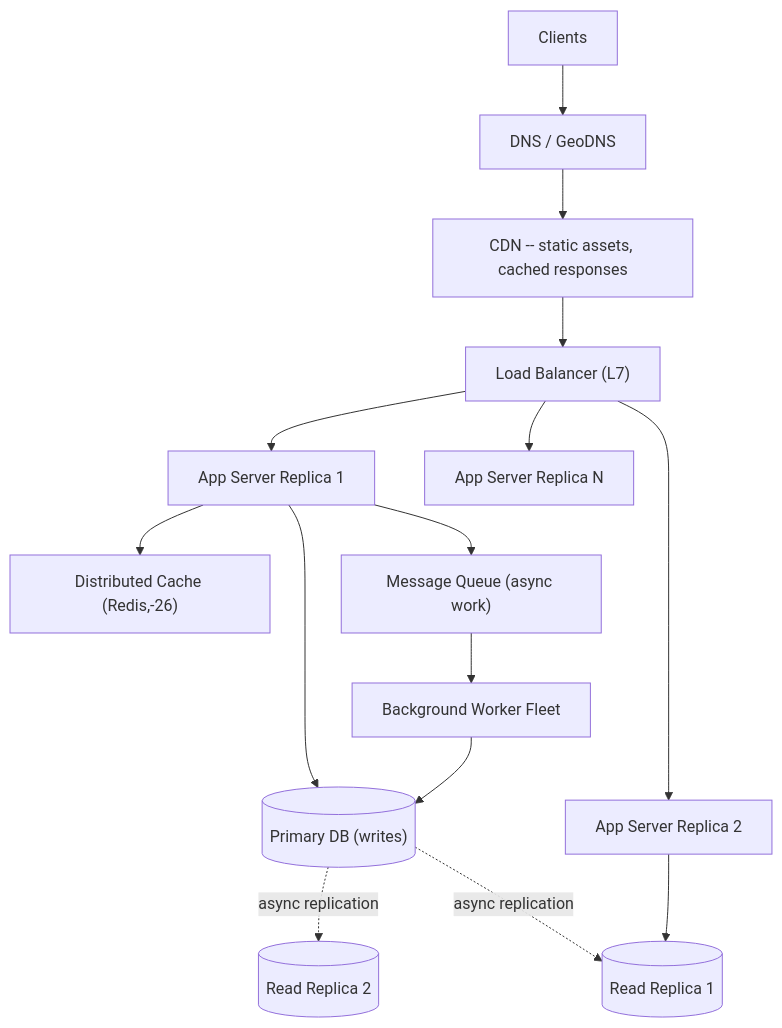
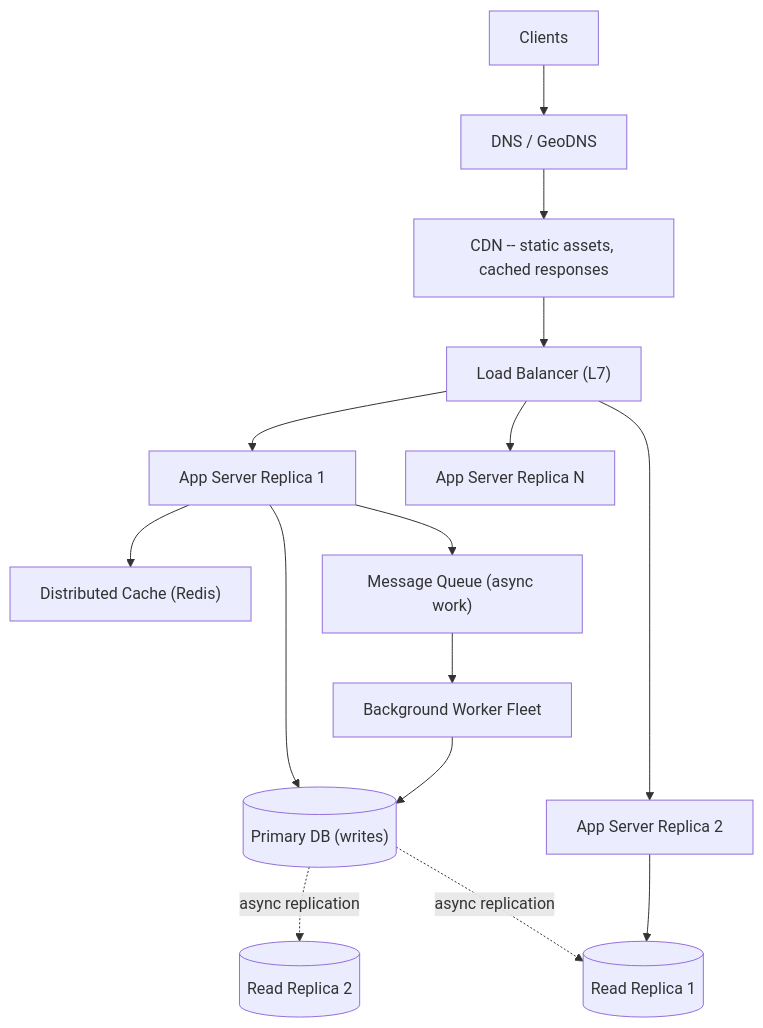
The diagram in 14-System-Design/01-System-Design-Fundamentals.md (umashankarp/InterviewQuestions), drawn with Mermaid before and after one commit. The commit also changed other lines of this file and 10 other files, not shown here.

````diff
--- a/14-System-Design/01-System-Design-Fundamentals.md
+++ b/14-System-Design/01-System-Design-Fundamentals.md
@@ -50,17 +50,17 @@
 ```mermaid
 graph TB
  Client[Clients] --> DNS[DNS / GeoDNS]
  DNS --> CDN[CDN -- static assets, cached responses]
  CDN --> LB["Load Balancer (L7)"]
  LB --> App1[App Server Replica 1]
  LB --> App2[App Server Replica 2]
  LB --> App3[App Server Replica N]
- App1 --> Cache["Distributed Cache (Redis,-26)"]
+ App1 --> Cache["Distributed Cache (Redis)"]
  App1 --> Queue["Message Queue (async work)"]
  App1 --> Primary[("Primary DB (writes)")]
  Primary -.->|async replication| Replica1[("Read Replica 1")]
  Primary -.->|async replication| Replica2[("Read Replica 2")]
  App2 --> Replica1
  Queue --> Worker[Background Worker Fleet]
  Worker --> Primary
 ```
````
